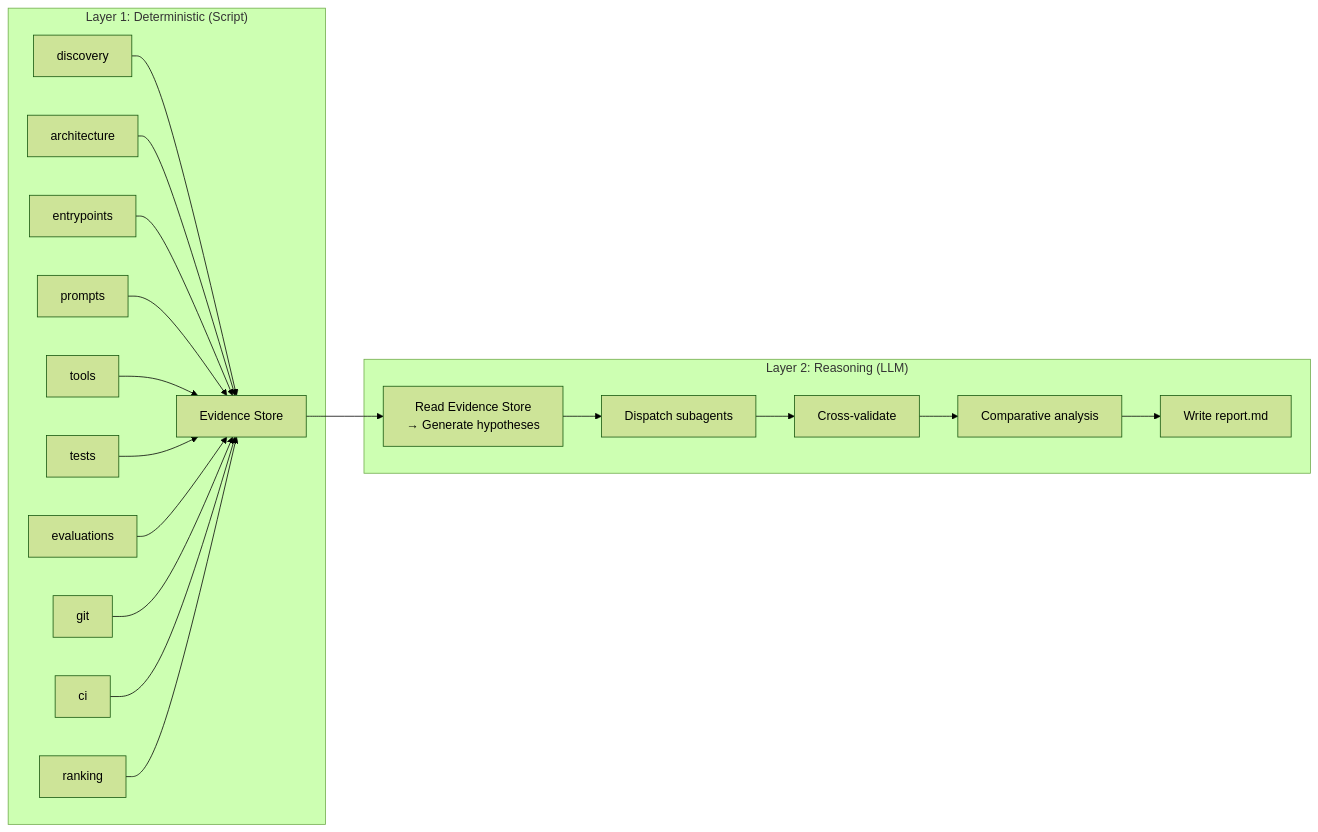
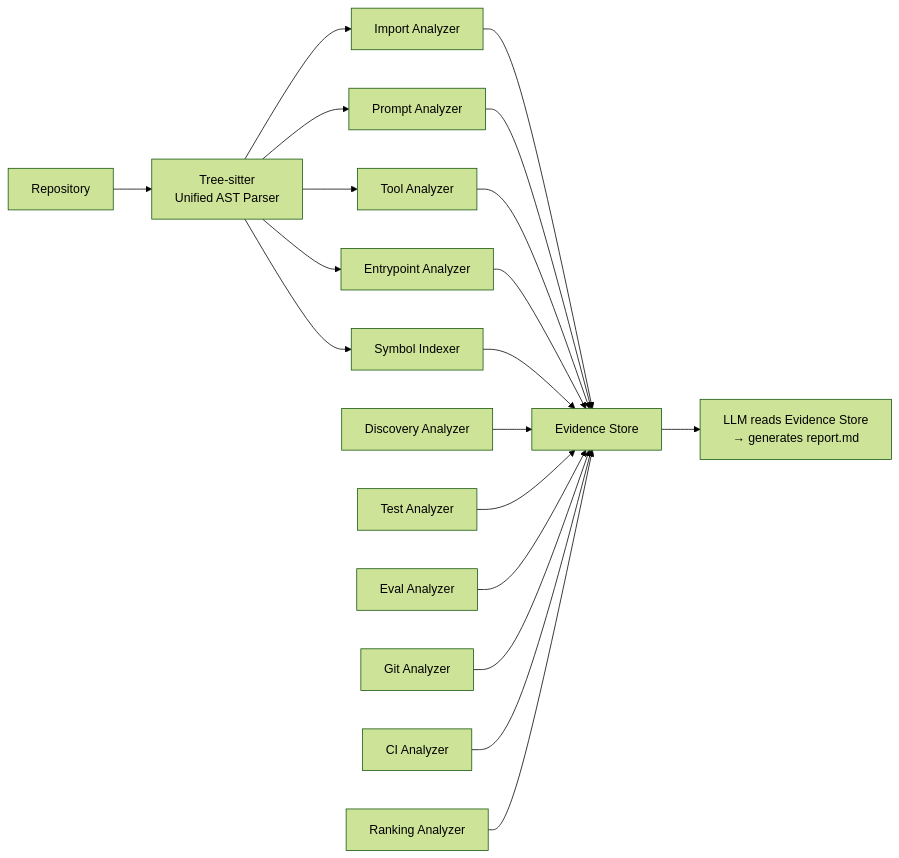
One commit to devweekly/devweekly.github.io changed the first of 2 diagrams in .trae/skills/research-repo/SKILL.md. Above: the diagram before and after it, drawn with Mermaid (forest theme). The commit also changed other lines of this file and 4 other files, not shown here.

````diff
--- a/.trae/skills/research-repo/SKILL.md
+++ b/.trae/skills/research-repo/SKILL.md
@@ -264,24 +219,24 @@
 ```mermaid
 flowchart LR
-  subgraph "Layer 1: Deterministic (Script)"
-    S1[discovery] --> ES[Evidence Store]
-    S2[architecture] --> ES
-    S3[entrypoints] --> ES
-    S4[prompts] --> ES
-    S5[tools] --> ES
-    S6[tests] --> ES
-    S7[evaluations] --> ES
-    S8[git] --> ES
-    S9[ci] --> ES
-    S10[ranking] --> ES
-  end
+  Repo[Repository] --> TS["Tree-sitter<br/>Unified AST Parser"]
+  TS --> A1[Import Analyzer]
+  TS --> A2[Prompt Analyzer]
+  TS --> A3[Tool Analyzer]
+  TS --> A4[Entrypoint Analyzer]
+  TS --> A5[Symbol Indexer]
 
-  ES --> LLM
+  A1 --> ES[Evidence Store]
+  A2 --> ES
+  A3 --> ES
+  A4 --> ES
+  A5 --> ES
 
-  subgraph "Layer 2: Reasoning (LLM)"
-    LLM["Read Evidence Store<br/>→ Generate hypotheses"] --> SA[Dispatch subagents]
-    SA --> CV[Cross-validate]
-    CV --> CA[Comparative analysis]
-    CA --> RPT[Write report.md]
-  end
+  DA[Discovery Analyzer] --> ES
+  TA[Test Analyzer] --> ES
+  EA[Eval Analyzer] --> ES
+  GA[Git Analyzer] --> ES
+  CA[CI Analyzer] --> ES
+  RA[Ranking Analyzer] --> ES
+
+  ES --> LLM["LLM reads Evidence Store<br/>→ generates report.md"]
 ```
````
